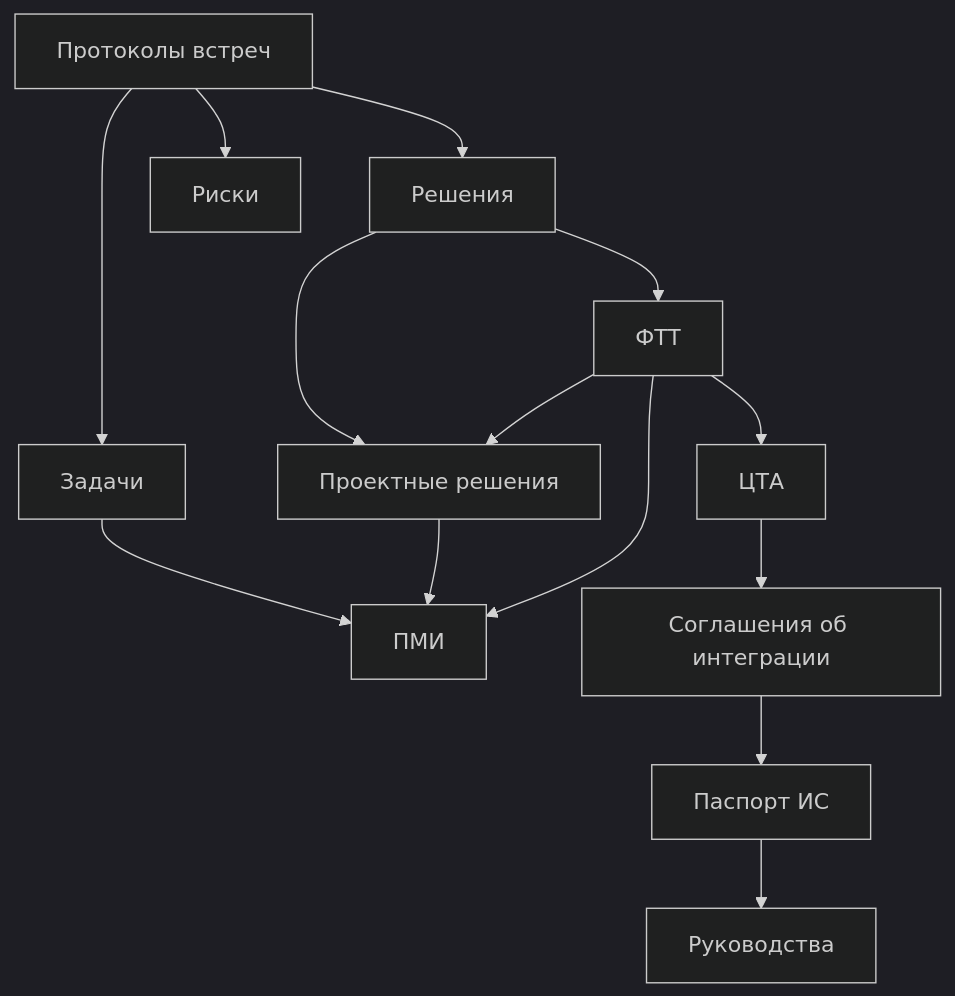
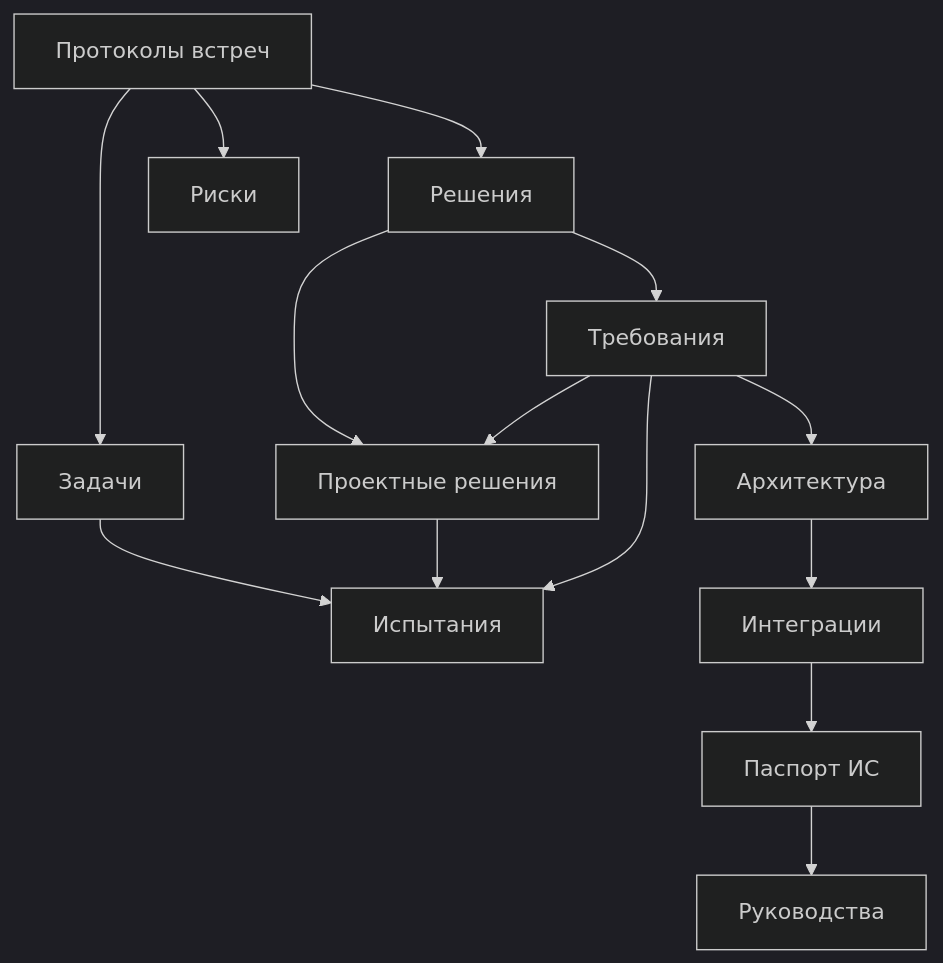
Before and after one commit to Anatoliy-Sysoev/MeetingAgent: the fourth of 5 diagrams in docs/subprojects/asu-june-bot/product/07_product_architecture_and_relationships.md, drawn with Mermaid (dark theme). The commit also changed other lines of this file, not shown here.

````diff
--- a/docs/subprojects/asu-june-bot/product/07_product_architecture_and_relationships.md
+++ b/docs/subprojects/asu-june-bot/product/07_product_architecture_and_relationships.md
@@ -84,16 +104,16 @@
 ```mermaid
 graph TD
-    FTT["ФТТ"] --> CTA["ЦТА"]
-    FTT --> PR["Проектные решения"]
-    FTT --> PMI["ПМИ"]
-    CTA --> SOI["Соглашения об интеграции"]
-    PR --> PMI
-    SOI --> PAS["Паспорт ИС"]
+    REQ["Требования"] --> ARCH["Архитектура"]
+    REQ --> DESIGN["Проектные решения"]
+    REQ --> TEST["Испытания"]
+    ARCH --> INT["Интеграции"]
+    DESIGN --> TEST
+    INT --> PAS["Паспорт ИС"]
     PAS --> GUIDE["Руководства"]
     PROT["Протоколы встреч"] --> DEC["Решения"]
     PROT --> RISK["Риски"]
     PROT --> TASK["Задачи"]
-    DEC --> PR
-    DEC --> FTT
-    TASK --> PMI
+    DEC --> DESIGN
+    DEC --> REQ
+    TASK --> TEST
 ```
````
